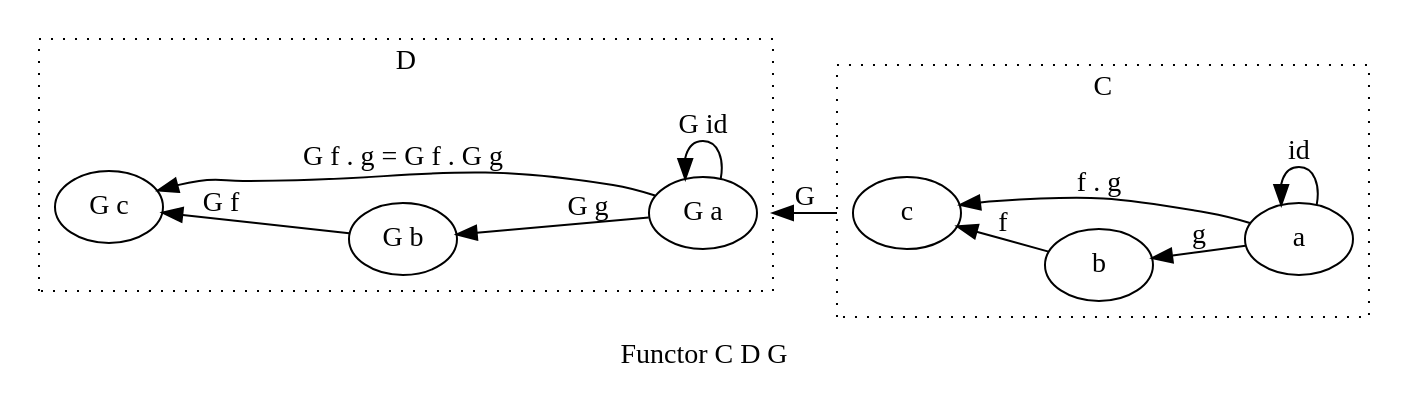
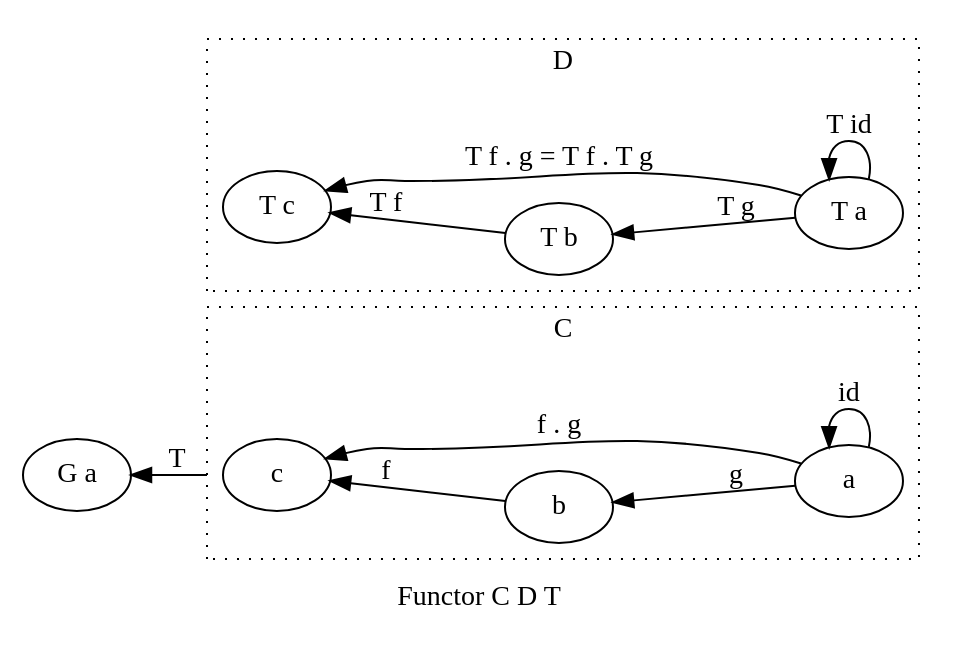
Before and after one commit to jcouyang/blog: the second of 6 diagrams in org/grokking-monad/part1.org, drawn with Graphviz. The commit also changed other lines of this file, not shown here.

Commit message:
fix functor fmap type

```diff
--- a/org/grokking-monad/part1.org
+++ b/org/grokking-monad/part1.org
@@ -122,26 +122,26 @@
 #+BEGIN_SRC dot :file images/functor.svg :exports results
   digraph {
 
-  label="Functor C D G"
+  label="Functor C D T"
   compound=true;
   rankdir=RL
   subgraph cluster_C {
           style=dotted
           label="C"
           a -> a [label=id]
           a -> b [label=g]
           b -> c [label=f]
           a -> c [label="f . g"]
   }
   subgraph cluster_D {
           style=dotted
           label=D
-          "G a" -> "G a" [label="G id"]
-          "G a" -> "G b" [label="G g"]
-          "G b" -> "G c" [label="G f"]
-          "G a" -> "G c" [label="G f . g = G f . G g"]
+          "T a" -> "T a" [label="T id"]
+          "T a" -> "T b" [label="T g"]
+          "T b" -> "T c" [label="T f"]
+          "T a" -> "T c" [label="T f . g = T f . T g"]
   }
 
-  c ->"G a"[ltail=cluster_C,lhead=cluster_D,label=G]
+  c ->"G a"[ltail=cluster_C,lhead=cluster_D,label=T]
   }
 #+END_SRC
```
